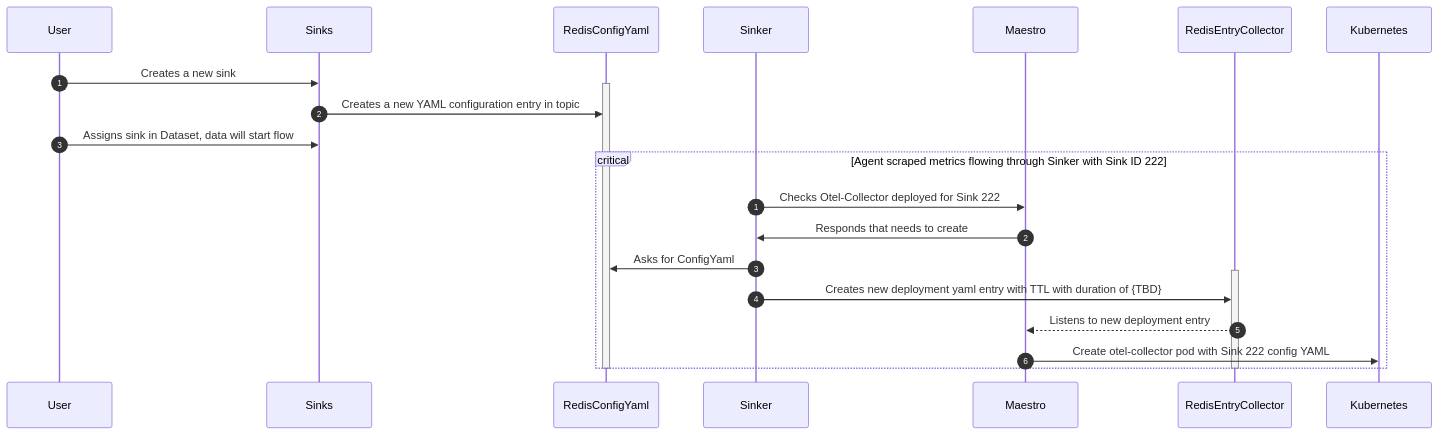
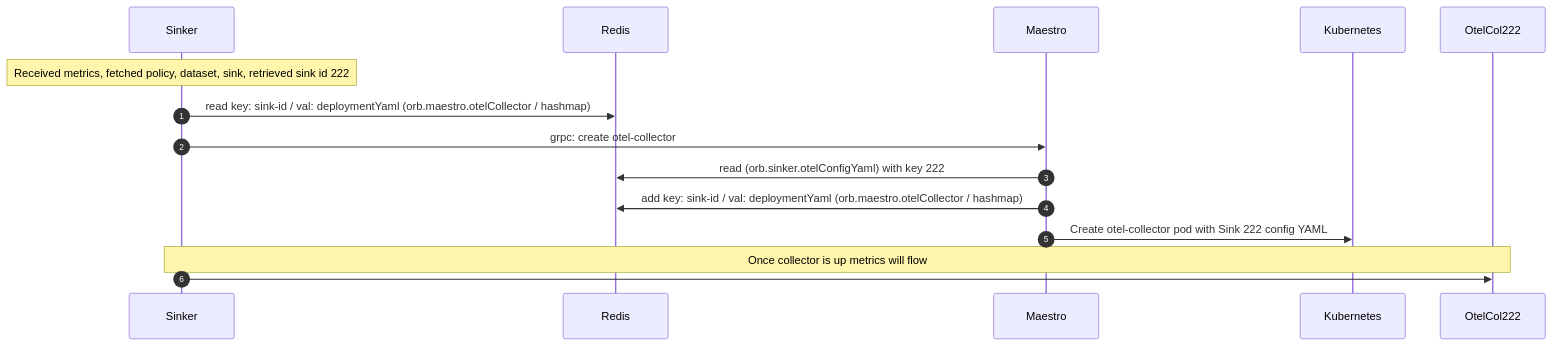
One commit to orb-community/orb changed the second of 4 diagrams in sinker/otel/README.md. Above: the diagram before and after it, drawn with Mermaid. The commit also changed other lines of this file and 1 other file, not shown here.

Commit message:
feat(otel): update diagrams

````diff
--- a/sinker/otel/README.md
+++ b/sinker/otel/README.md
@@ -9,20 +20,12 @@
 ```mermaid
 sequenceDiagram
     autoNumber 1
-    User->>Sinks: Creates a new sink
-    activate RedisConfigYaml
-    Sinks->>RedisConfigYaml: Creates a new YAML configuration entry in topic
-    User->>Sinks: Assigns sink in Dataset, data will start flow
-    autoNumber 1
-    critical Agent scraped metrics flowing through Sinker with Sink ID 222
-        Sinker->>Maestro: Checks Otel-Collector deployed for Sink 222
-        Maestro->>Sinker: Responds that needs to create
-        Sinker->>RedisConfigYaml: Asks for ConfigYaml
-        activate RedisEntryCollector
-        Sinker->>RedisEntryCollector: Creates new deployment yaml entry with TTL with duration of {TBD}
-        RedisEntryCollector-->>Maestro: Listens to new deployment entry 
-        Maestro->>Kubernetes: Create otel-collector pod with Sink 222 config YAML
-    end 
-    deactivate RedisConfigYaml
-    deactivate RedisEntryCollector
+    Note over Sinker: Received metrics, fetched policy, dataset, sink, retrieved sink id 222
+    Sinker->>Redis: read key: sink-id / val: deploymentYaml (orb.maestro.otelCollector / hashmap)
+    Sinker->>Maestro: grpc: create otel-collector
+    Maestro->>Redis: read (orb.sinker.otelConfigYaml) with key 222
+    Maestro->>Redis: add key: sink-id / val: deploymentYaml (orb.maestro.otelCollector / hashmap)
+    Maestro->>Kubernetes: Create otel-collector pod with Sink 222 config YAML
+    Note over Sinker,OtelCol222: Once collector is up metrics will flow
+    Sinker->>OtelCol222: 
 ```
````
